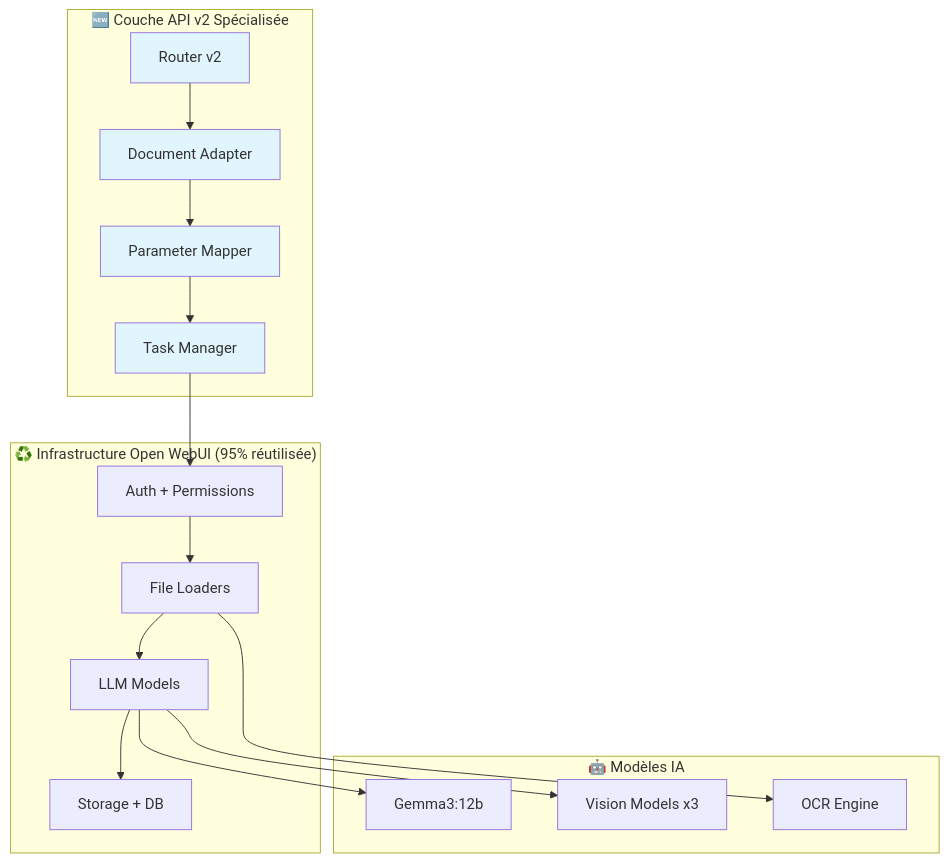
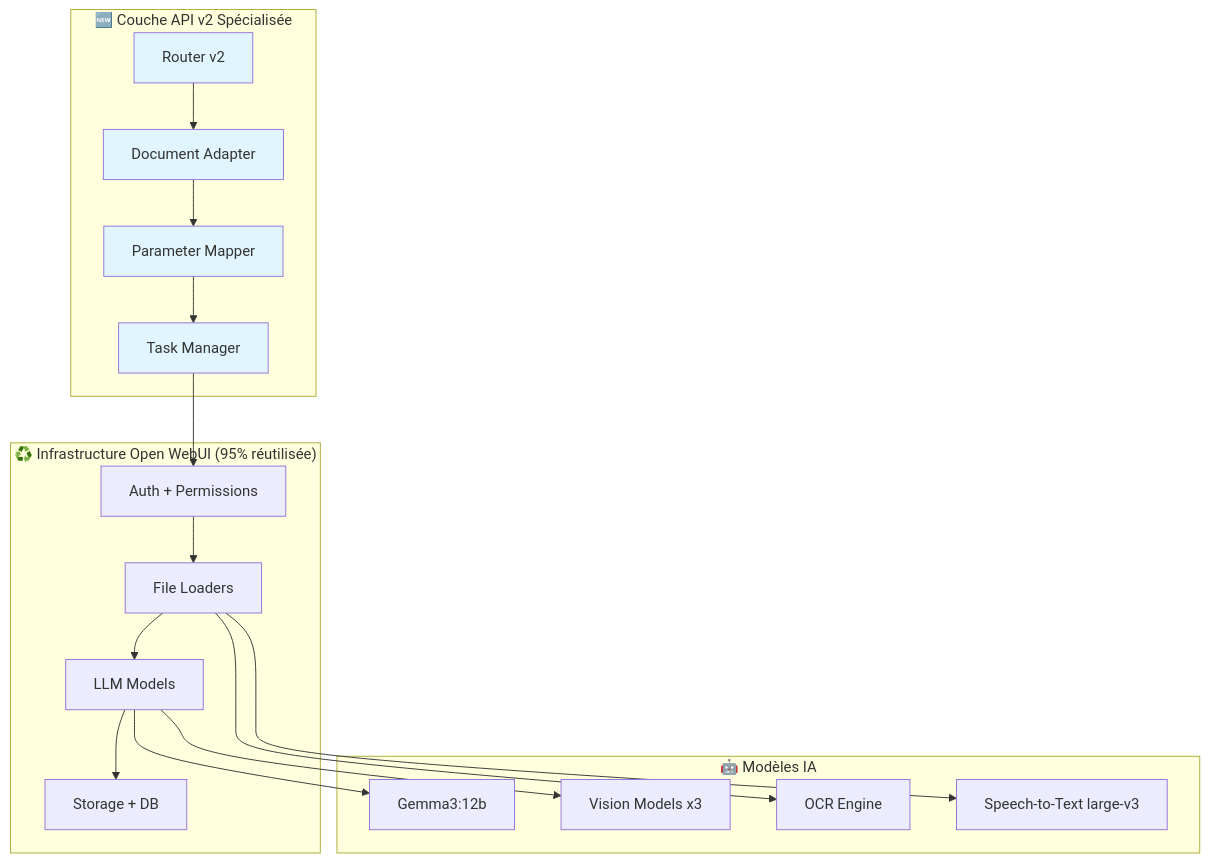
Before and after one commit to Martossien/Api-Doc-IA: the first of 2 diagrams in README.md, drawn with Mermaid. The commit also changed other lines of this file, not shown here.

````diff
--- a/README.md
+++ b/README.md
@@ -236,30 +311,32 @@
 ```mermaid
 graph TB
     subgraph "🆕 Couche API v2 Spécialisée"
         A[Router v2] --> B[Document Adapter]
         B --> C[Parameter Mapper]
         C --> D[Task Manager]
     end
     
     subgraph "♻️ Infrastructure Open WebUI (95% réutilisée)"
         E[Auth + Permissions] --> F[File Loaders]
         F --> G[LLM Models]
         G --> H[Storage + DB]
     end
     
     subgraph "🤖 Modèles IA"
         I[Gemma3:12b]
         J[Vision Models x3]
         K[OCR Engine]
+        L[Speech-to-Text large-v3]
     end
     
     D --> E
     G --> I
     G --> J
     F --> K
+    F --> L
     
     style A fill:#e1f5fe
     style B fill:#e1f5fe
     style C fill:#e1f5fe
     style D fill:#e1f5fe
 ```
````
